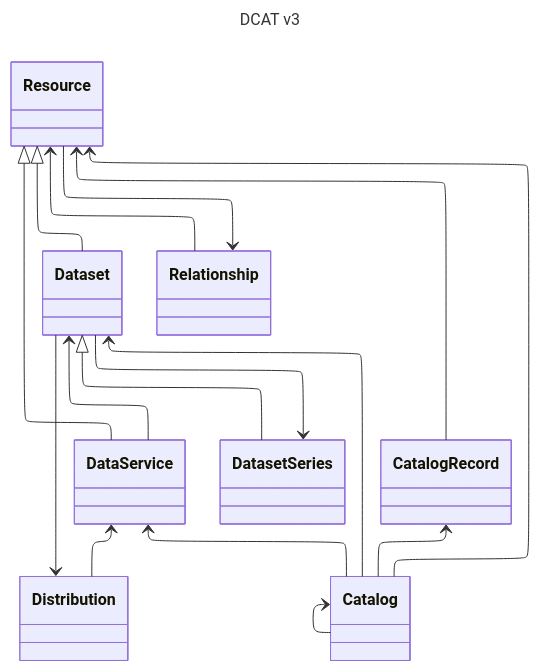
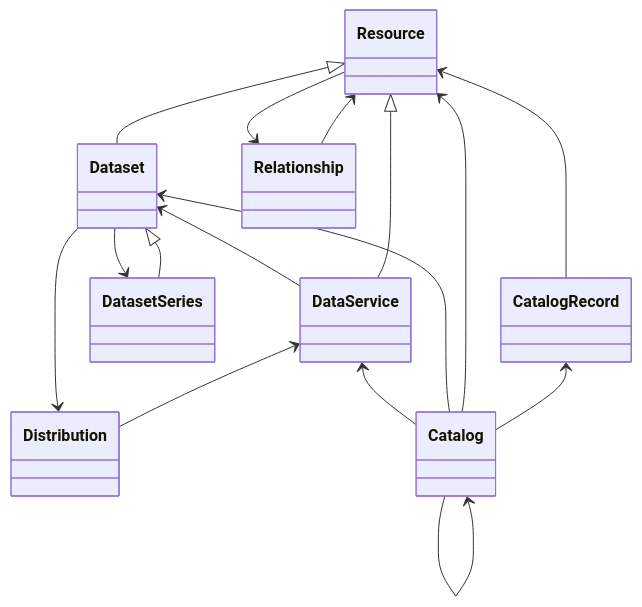
Before and after one commit to Making-Sense-Info/Dedicate: the diagram in model-mapping.md, drawn with Mermaid.

Commit message:
Test Mermaid configuration

````diff
--- a/model-mapping.md
+++ b/model-mapping.md
@@ -11,23 +11,19 @@
 ```mermaid
----
-config:
-  layout: elk
-title: DCAT v3
----
+%%{init: { 'config': {'layout':elk} , 'title':'DCAT v3' } }%%
 classDiagram
     Resource <|-- Dataset
     Resource <|-- DataService
     Resource <-- Relationship
     Relationship <-- Resource
     Distribution <-- Dataset
     DataService <-- Distribution
     Dataset <-- DataService
     Dataset <|-- DatasetSeries
     DatasetSeries <-- Dataset
     Resource <-- CatalogRecord
     CatalogRecord <-- Catalog
     Resource <-- Catalog
     Dataset <-- Catalog
     DataService <-- Catalog
     Catalog <-- Catalog
 ```
````
